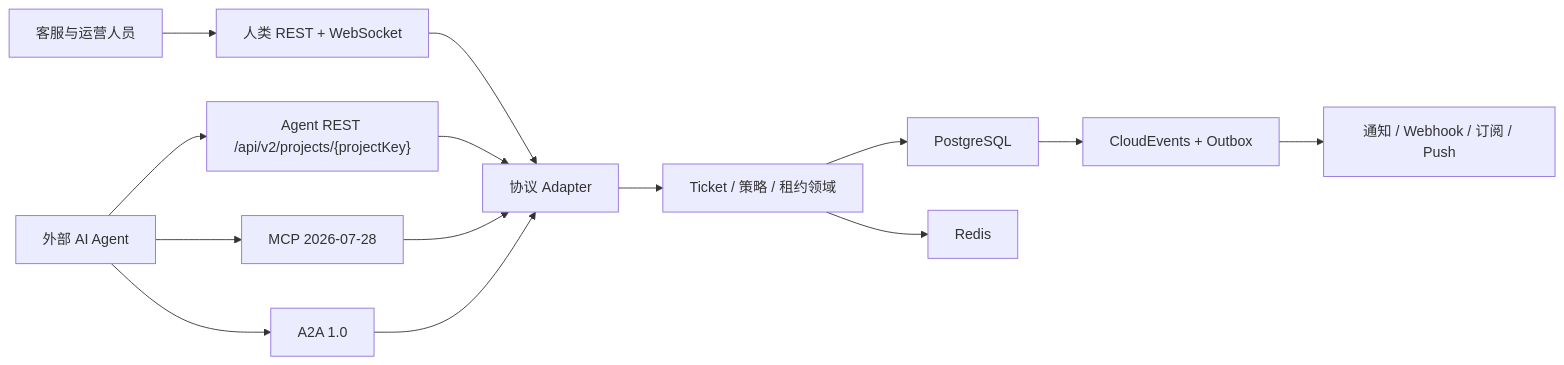
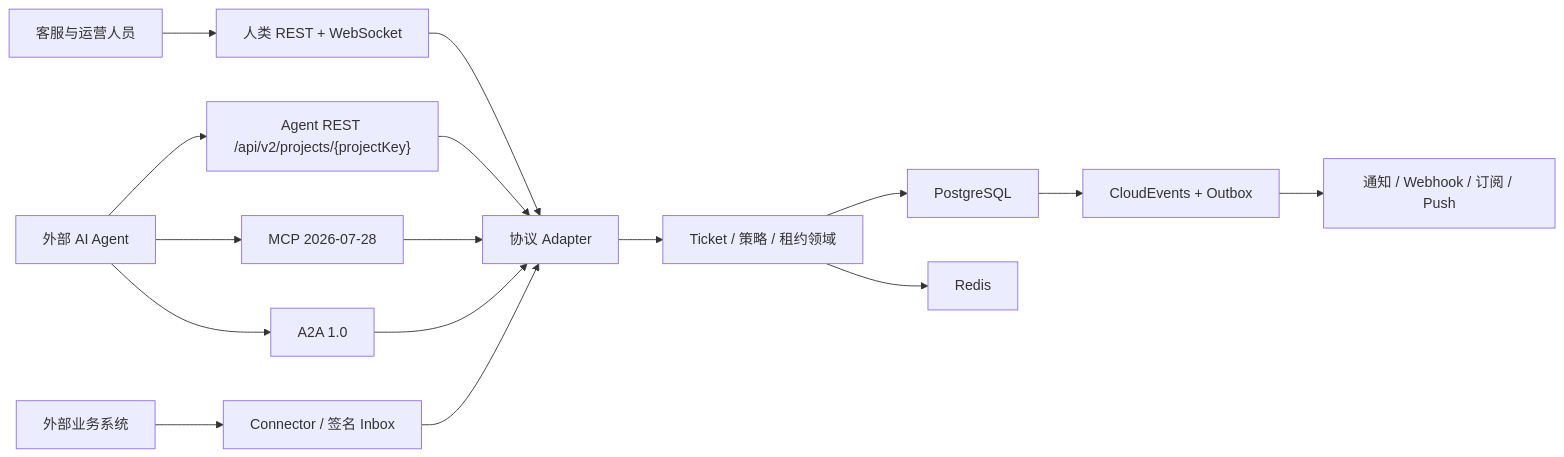
One commit to seaworld008/chronodesk changed the diagram in README.zh-CN.md. Above: the diagram before and after it, drawn with Mermaid. The commit also changed other lines of this file and 327 other files, not shown here.

````diff
--- a/README.zh-CN.md
+++ b/README.zh-CN.md
@@ -100,16 +124,18 @@
 ```mermaid
 flowchart LR
     Users["客服与运营人员"] --> Human["人类 REST + WebSocket"]
     Agents["外部 AI Agent"] --> REST["Agent REST /api/v2/projects/{projectKey}"]
     Agents --> MCP["MCP 2026-07-28"]
     Agents --> A2A["A2A 1.0"]
+    Systems["外部业务系统"] --> Connector["Connector / 签名 Inbox"]
     Human --> Adapters["协议 Adapter"]
     REST --> Adapters
     MCP --> Adapters
     A2A --> Adapters
+    Connector --> Adapters
     Adapters --> Domain["Ticket / 策略 / 租约领域"]
     Domain --> PG["PostgreSQL"]
     Domain --> Redis["Redis"]
     PG --> Outbox["CloudEvents + Outbox"]
     Outbox --> Integrations["通知 / Webhook / 订阅 / Push"]
 ```
````
